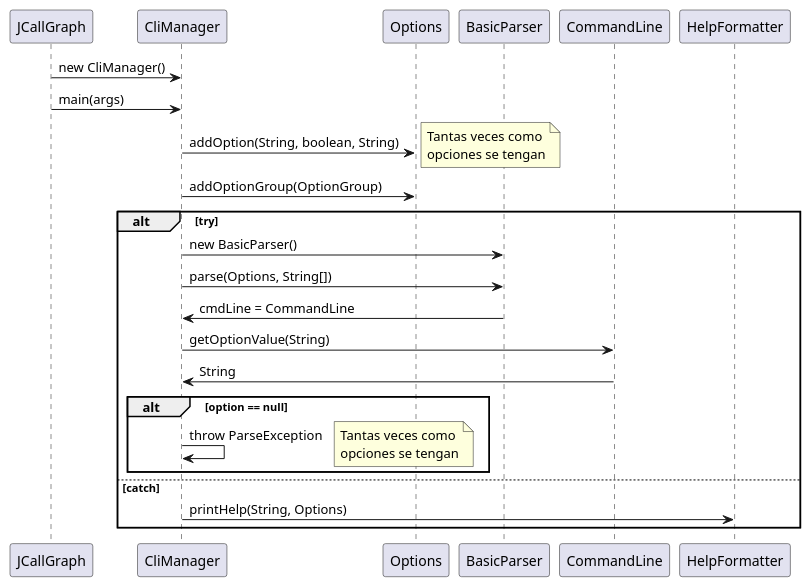
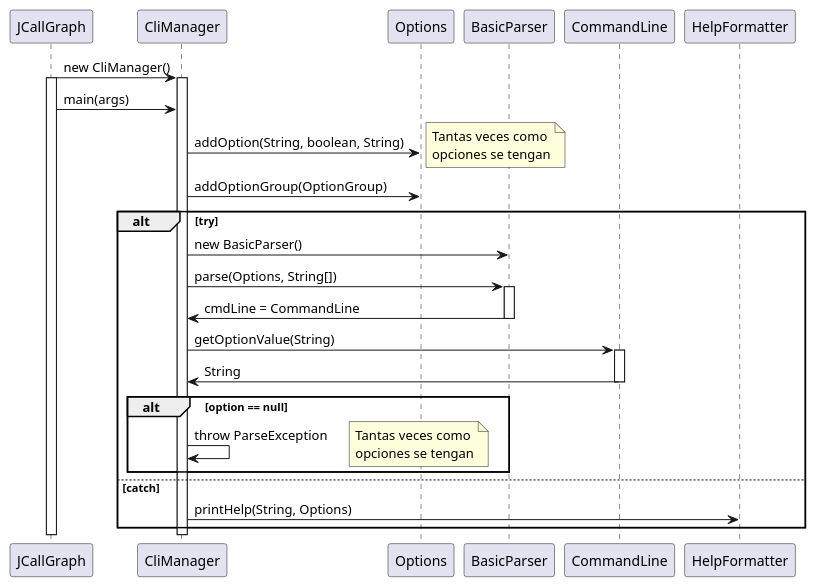
The diagram in TFG/uml/secuencia_climanager.plantuml (iakigarci/BytecodeAnalysis), drawn with PlantUML before and after one commit. The commit also changed 56 other files, not shown here.

```diff
--- a/TFG/uml/secuencia_climanager.plantuml
+++ b/TFG/uml/secuencia_climanager.plantuml
@@ -1,34 +1,42 @@
 @startuml
 
 participant JCallGraph as J
 participant CliManager as C
 participant Options as O 
 participant BasicParser as P
 participant CommandLine as CL
 participant HelpFormatter as H
 
 J -> C : new CliManager()
+activate J
+activate C
 J -> C : main(args)
 C -> O : addOption(String, boolean, String)
 note right 
 Tantas veces como 
 opciones se tengan
 end note
 C -> O : addOptionGroup(OptionGroup)
 alt try 
     C -> P : new BasicParser()
     C -> P : parse(Options, String[])
+    activate P
     P -> C : cmdLine = CommandLine
+    deactivate P
     C -> CL : getOptionValue(String)
+    activate CL
     CL -> C : String
+    deactivate CL
     alt option == null
         C -> C : throw ParseException
     note right
     Tantas veces como 
     opciones se tengan
     end note
     end
 else catch
     C -> H : printHelp(String, Options)
 end
+deactivate C
+deactivate J
 @enduml
```
